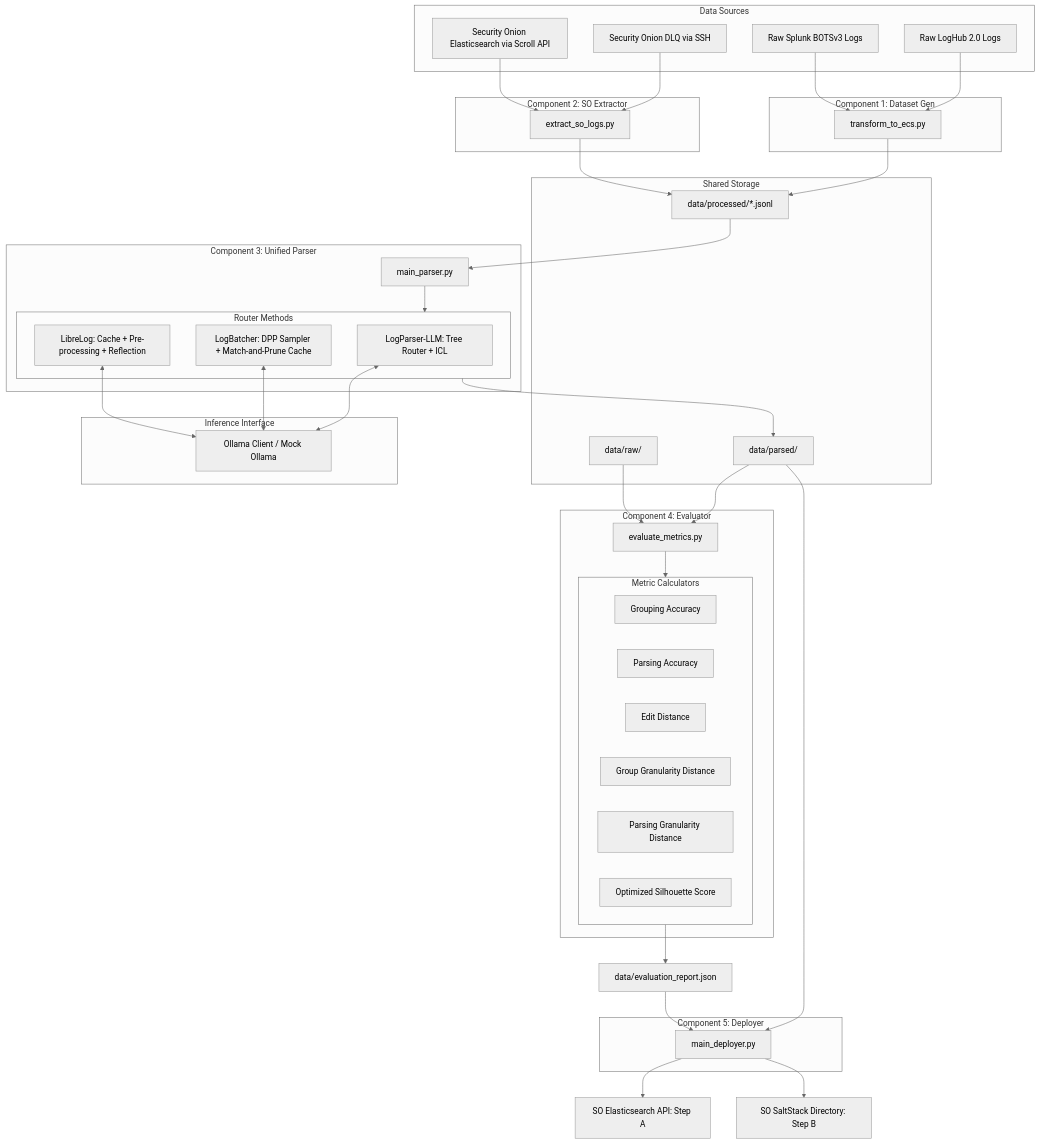
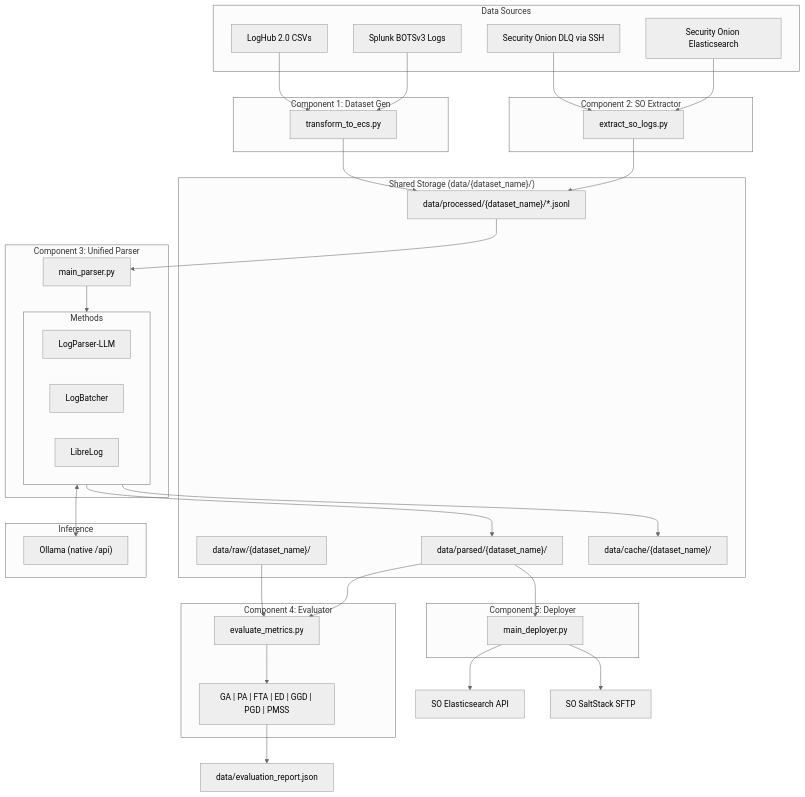
One commit to changchuhua/log-parser-pipeline changed the diagram in README.md. Above: the diagram before and after it, drawn with Mermaid (neutral theme). The commit also changed other lines of this file, not shown here.

````diff
--- a/README.md
+++ b/README.md
@@ -13,14 +9,12 @@
 ```mermaid
 graph TD
-    %% Input Sources
     subgraph Data Sources
-        LogHub[Raw LogHub 2.0 Logs]
-        BOTS[Raw Splunk BOTSv3 Logs]
+        LogHub[LogHub 2.0 CSVs]
+        BOTS[Splunk BOTSv3 Logs]
         SO_DLQ[Security Onion DLQ via SSH]
-        SO_ES[Security Onion Elasticsearch via Scroll API]
+        SO_ES[Security Onion Elasticsearch]
     end
 
-    %% Ingestion & Standardization
     subgraph Component 1: Dataset Gen
         Ingest[transform_to_ecs.py]
     end
@@ -29,14 +23,13 @@
         Extract[extract_so_logs.py]
     end
 
-    %% Shared Storage
-    subgraph Shared Storage
-        Raw[data/raw/]
-        Processed[data/processed/*.jsonl]
-        Parsed[data/parsed/]
+    subgraph "Shared Storage (data/{dataset_name}/)"
+        Raw["data/raw/{dataset_name}/"]
+        Processed["data/processed/{dataset_name}/*.jsonl"]
+        Parsed["data/parsed/{dataset_name}/"]
+        Cache["data/cache/{dataset_name}/"]
     end
 
-    %% Routing Ingestion
     LogHub --> Ingest
     BOTS --> Ingest
     SO_DLQ --> Extract
@@ -45,57 +38,42 @@
     Ingest --> Processed
     Extract --> Processed
     
-    %% Parsing Engine
     subgraph Component 3: Unified Parser
         Parser[main_parser.py]
         
-        subgraph RouterMethod[Router Methods]
-            LP_LLM[LogParser-LLM: Tree Router + ICL]
-            LB[LogBatcher: DPP Sampler + Match-and-Prune Cache]
-            LL[LibreLog: Cache + Pre-processing + Reflection]
+        subgraph Methods
+            LP_LLM[LogParser-LLM]
+            LB[LogBatcher]
+            LL[LibreLog]
         end
     end
 
     Processed --> Parser
-    Parser --> RouterMethod
+    Parser --> Methods
     
-    %% LLM Interface
-    subgraph Inference Interface
-        Ollama[Ollama Client / Mock Ollama]
+    subgraph Inference
+        Ollama["Ollama (native /api)"]
     end
     
-    LP_LLM <--> Ollama
-    LB <--> Ollama
-    LL <--> Ollama
+    Methods <--> Ollama
+    Methods --> Parsed
+    Methods --> Cache
     
-    RouterMethod --> Parsed
-    
-    %% Evaluation Engine
     subgraph Component 4: Evaluator
         Eval[evaluate_metrics.py]
-        
-        subgraph MetricCalculators[Metric Calculators]
-            GA[Grouping Accuracy]
-            PA[Parsing Accuracy]
-            ED[Edit Distance]
-            GGD[Group Granularity Distance]
-            PGD[Parsing Granularity Distance]
-            PMSS[Optimized Silhouette Score]
-        end
+        Metrics["GA | PA | FTA | ED | GGD | PGD | PMSS"]
     end
     
     Parsed --> Eval
     Raw --> Eval
-    Eval --> MetricCalculators
-    MetricCalculators --> Report[data/evaluation_report.json]
+    Eval --> Metrics
+    Metrics --> Report["data/evaluation_report.json"]
 
-    %% Deployment Engine
     subgraph Component 5: Deployer
         Deploy[main_deployer.py]
     end
 
     Parsed --> Deploy
-    Report --> Deploy
-    Deploy --> SO_API[SO Elasticsearch API: Step A]
-    Deploy --> SO_Salt[SO SaltStack Directory: Step B]
+    Deploy --> SO_API[SO Elasticsearch API]
+    Deploy --> SO_Salt[SO SaltStack SFTP]
 ```
````
